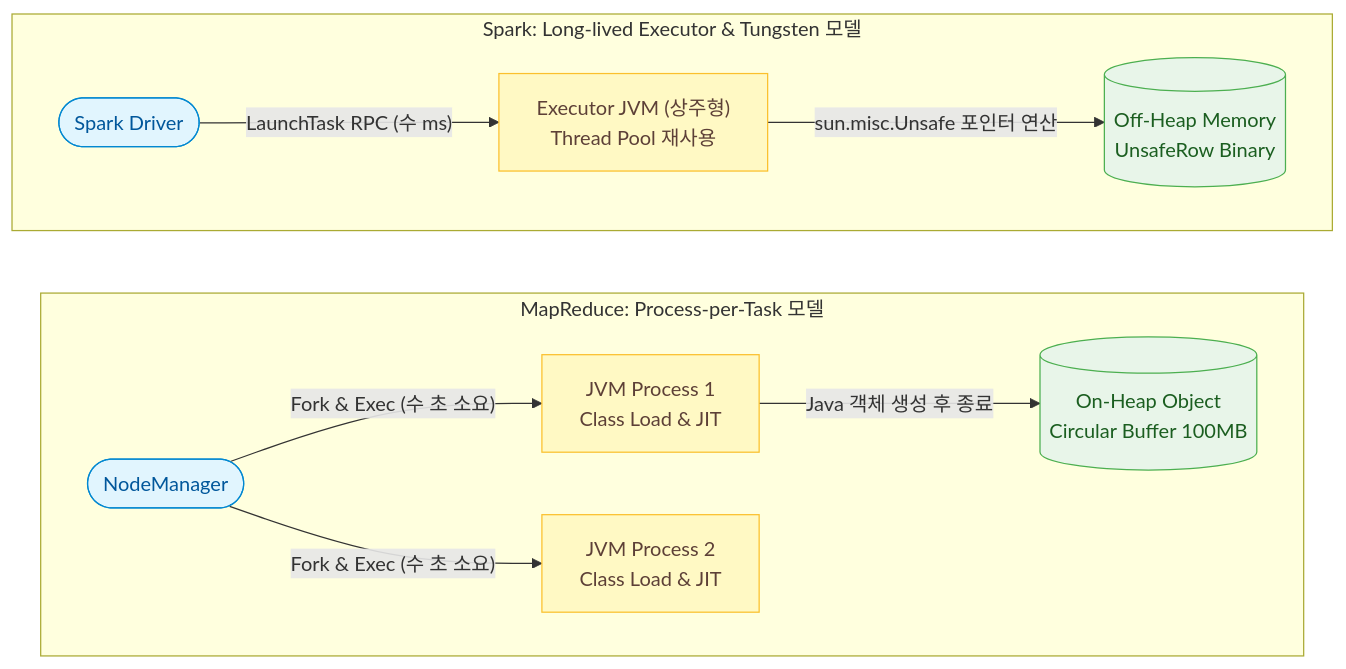
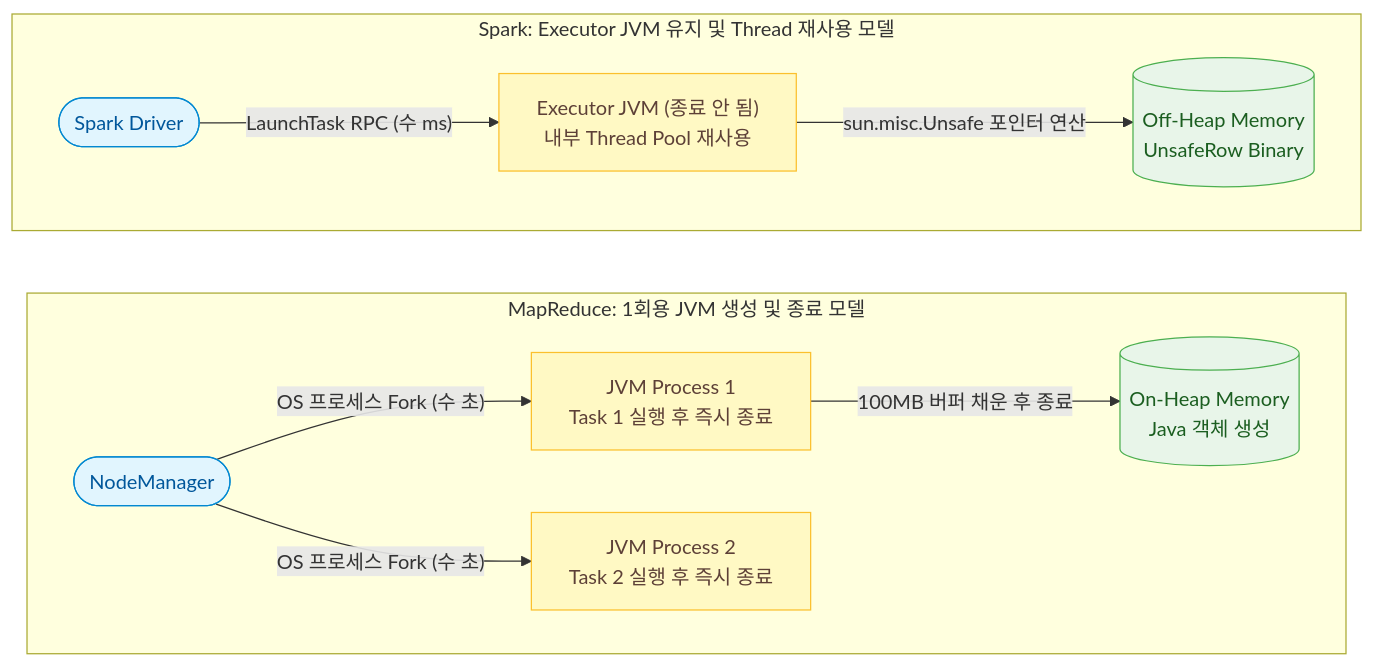
One commit to djpibo/djpibo.github.io changed the first of 7 diagrams in blog/weekly/mapreduce-spark-and-distributed-db-internals.md. Above: the diagram before and after it, drawn with Mermaid. The commit also changed other lines of this file, not shown here.

Commit message:
docs(blog): refine JVM/Off-Heap L1 cache locality, Shuffle Partition ID, and MPP bridge explanations

````diff
--- a/blog/weekly/mapreduce-spark-and-distributed-db-internals.md
+++ b/blog/weekly/mapreduce-spark-and-distributed-db-internals.md
@@ -21,27 +21,26 @@
 ```mermaid
 flowchart LR
     classDef storage fill:#E8F5E9,stroke:#4CAF50,color:#1B5E20;
     classDef process fill:#FFF9C4,stroke:#FBC02D,color:#5D4037;
     classDef cloud fill:#E1F5FE,stroke:#0288D1,color:#01579B;
-    classDef entity fill:#FFFFFF,stroke:#424242,color:#212121;
 
-    subgraph MR ["MapReduce: Process-per-Task 모델"]
+    subgraph MR ["MapReduce: 1회용 JVM 생성 및 종료 모델"]
         direction LR
         NM1(["NodeManager"]):::cloud
-        JVM1["JVM Process 1<br/>Class Load & JIT"]:::process
-        JVM2["JVM Process 2<br/>Class Load & JIT"]:::process
-        HEAP1[("On-Heap Object<br/>Circular Buffer 100MB")]:::storage
-        NM1 -->|"Fork & Exec (수 초 소요)"| JVM1
-        NM1 -->|"Fork & Exec (수 초 소요)"| JVM2
-        JVM1 -->|"Java 객체 생성 후 종료"| HEAP1
+        JVM1["JVM Process 1<br/>Task 1 실행 후 즉시 종료"]:::process
+        JVM2["JVM Process 2<br/>Task 2 실행 후 즉시 종료"]:::process
+        HEAP1[("On-Heap Memory<br/>Java 객체 생성")]:::storage
+        NM1 -->|"OS 프로세스 Fork (수 초)"| JVM1
+        NM1 -->|"OS 프로세스 Fork (수 초)"| JVM2
+        JVM1 -->|"100MB 버퍼 채운 후 종료"| HEAP1
     end
 
-    subgraph SP ["Spark: Long-lived Executor & Tungsten 모델"]
+    subgraph SP ["Spark: Executor JVM 유지 및 Thread 재사용 모델"]
         direction LR
         DRV(["Spark Driver"]):::cloud
-        EXEC["Executor JVM (상주형)<br/>Thread Pool 재사용"]:::process
+        EXEC["Executor JVM (종료 안 됨)<br/>내부 Thread Pool 재사용"]:::process
         TUNG[("Off-Heap Memory<br/>UnsafeRow Binary")]:::storage
         DRV -->|"LaunchTask RPC (수 ms)"| EXEC
         EXEC -->|"sun.misc.Unsafe 포인터 연산"| TUNG
     end
 ```
````
